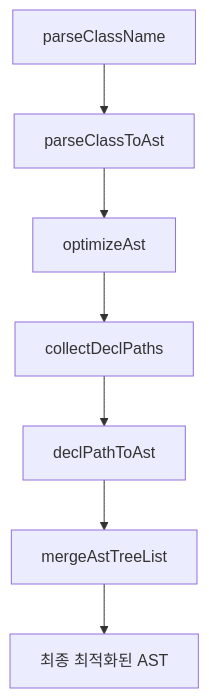
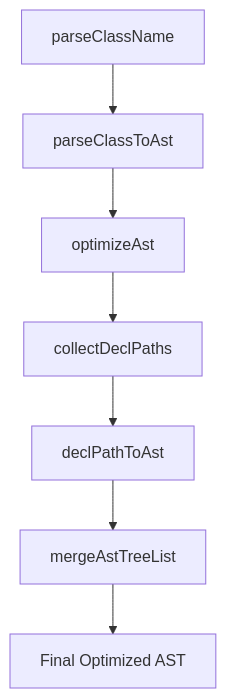
One commit to barocss/barocss changed the diagram in packages/cssma-v4/docs/function-roles.md. Above: the diagram before and after it, drawn with Mermaid. The commit also changed other lines of this file and 21 other files, not shown here.

````diff
--- a/packages/cssma-v4/docs/function-roles.md
+++ b/packages/cssma-v4/docs/function-roles.md
@@ -5,9 +5,9 @@
 ```mermaid
 graph TD
     A[parseClassName] --> B[parseClassToAst]
     B --> C[optimizeAst]
     C --> D[collectDeclPaths]
     D --> E[declPathToAst]
     E --> F[mergeAstTreeList]
-    F --> G[최종 최적화된 AST]
+    F --> G[Final Optimized AST]
 ```
````
